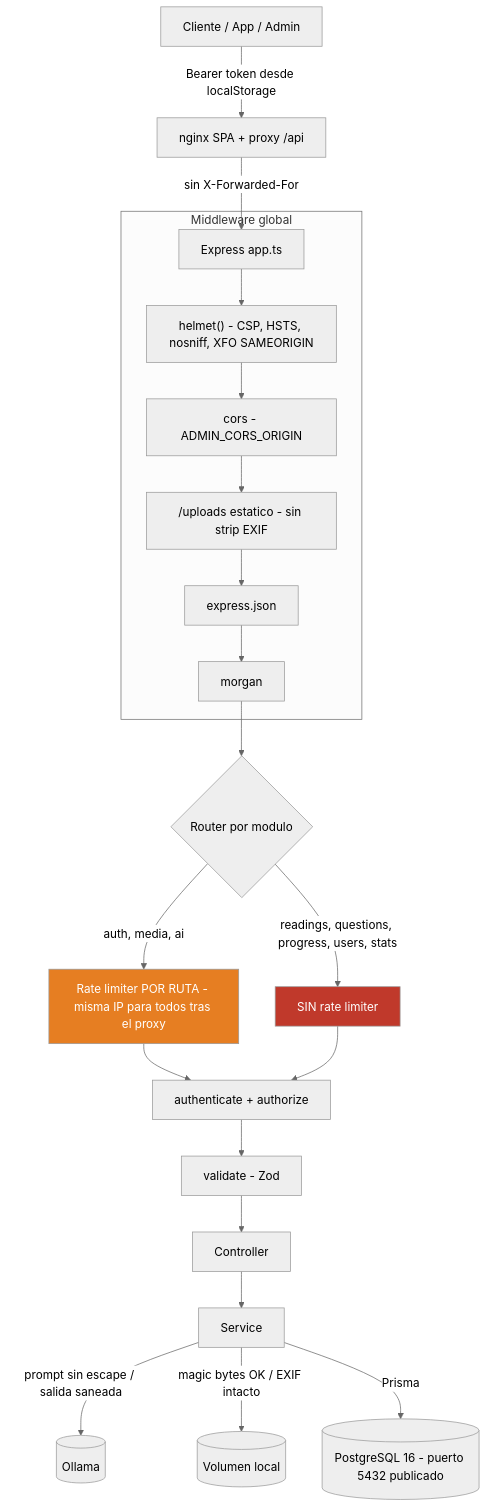
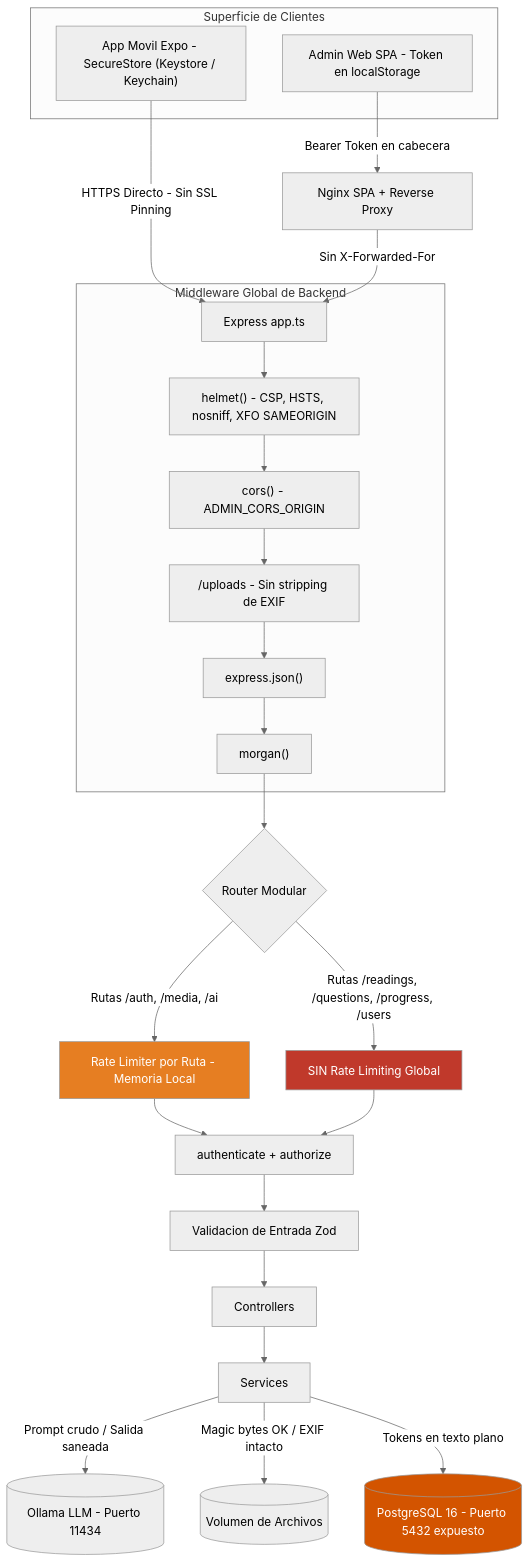
The first of 2 diagrams in SEC_IMPLEMENTATION.md (DavidDevGt/lectoapp), drawn with Mermaid (neutral theme) before and after one commit. The commit also changed other lines of this file, not shown here.

Commit message:
docs(security): actualizar SEC_IMPLEMENTATION.md a v4.0 con superficie movil, auditoria CISO y riesgos R-15 a R-18

````diff
--- a/SEC_IMPLEMENTATION.md
+++ b/SEC_IMPLEMENTATION.md
@@ -116,31 +149,39 @@
 ```mermaid
 flowchart TD
-    Client["Cliente / App / Admin"] -->|Bearer token desde localStorage| Nginx["nginx SPA + proxy /api"]
-    Nginx -->|sin X-Forwarded-For| Gateway["Express app.ts"]
-
-    subgraph MiddlewareGlobal ["Middleware global"]
-        Gateway --> Helmet["helmet() - CSP, HSTS, nosniff, XFO SAMEORIGIN"]
-        Helmet --> Cors["cors - ADMIN_CORS_ORIGIN"]
-        Cors --> Static["/uploads estatico - sin strip EXIF"]
-        Static --> Json["express.json"]
-        Json --> Morgan["morgan"]
+    subgraph Clientes ["Superficie de Clientes"]
+        MobileApp["App Movil Expo - SecureStore (Keystore / Keychain)"]
+        AdminWeb["Admin Web SPA - Token en localStorage"]
     end
 
-    Morgan --> Router{"Router por modulo"}
+    MobileApp -->|HTTPS Directo - Sin SSL Pinning| Gateway["Express app.ts"]
+    AdminWeb -->|Bearer Token en cabecera| Nginx["Nginx SPA + Reverse Proxy"]
+    Nginx -->|Sin X-Forwarded-For| Gateway
 
-    Router -->|auth, media, ai| Limited["Rate limiter POR RUTA - misma IP para todos tras el proxy"]
-    Router -->|readings, questions, progress, users, stats| Unlimited["SIN rate limiter"]
+    subgraph MiddlewareGlobal ["Middleware Global de Backend"]
+        Gateway --> Helmet["helmet() - CSP, HSTS, nosniff, XFO SAMEORIGIN"]
+        Helmet --> Cors["cors() - ADMIN_CORS_ORIGIN"]
+        Cors --> Static["/uploads - Sin stripping de EXIF"]
+        Static --> Json["express.json()"]
+        Json --> Morgan["morgan()"]
+    end
+
+    Morgan --> Router{"Router Modular"}
+
+    Router -->|Rutas /auth, /media, /ai| Limited["Rate Limiter por Ruta - Memoria Local"]
+    Router -->|Rutas /readings, /questions, /progress, /users| Unlimited["SIN Rate Limiting Global"]
 
     Limited --> Auth["authenticate + authorize"]
     Unlimited --> Auth
-    Auth --> Zod["validate - Zod"]
-    Zod --> Controller["Controller"]
-    Controller --> Service["Service"]
 
-    Service -->|prompt sin escape / salida saneada| Ollama[("Ollama")]
-    Service -->|magic bytes OK / EXIF intacto| Disk[("Volumen local")]
-    Service -->|Prisma| DB[("PostgreSQL 16 - puerto 5432 publicado")]
+    Auth --> Zod["Validacion de Entrada Zod"]
+    Zod --> Controller["Controllers"]
+    Controller --> Service["Services"]
+
+    Service -->|Prompt crudo / Salida saneada| Ollama[("Ollama LLM - Puerto 11434")]
+    Service -->|Magic bytes OK / EXIF intacto| Disk[("Volumen de Archivos")]
+    Service -->|Tokens en texto plano| Postgres[("PostgreSQL 16 - Puerto 5432 expuesto")]
 
     style Unlimited fill:#c0392b,color:#fff
     style Limited fill:#e67e22,color:#fff
+    style Postgres fill:#d35400,color:#fff
 ```
````
